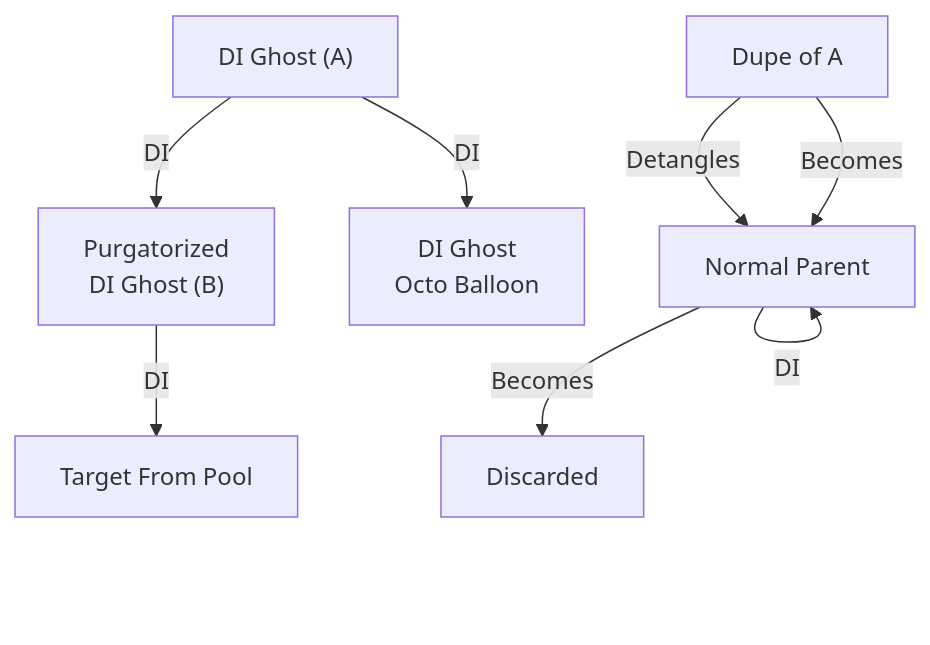
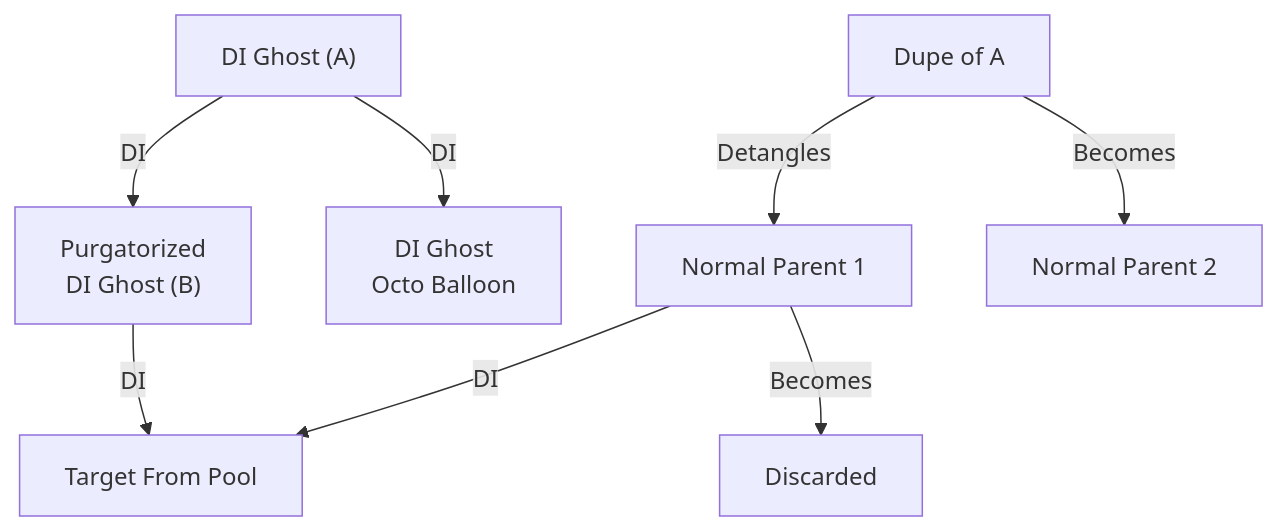
Before and after one commit to BKMzero/ultrabroken-documentation: diagram 14 of 14 in docs/wiki/glitchcraft/batch-despawn-interrupt.md, drawn with Mermaid. The commit also changed other lines of this file, not shown here.

````diff
--- a/docs/wiki/glitchcraft/batch-despawn-interrupt.md
+++ b/docs/wiki/glitchcraft/batch-despawn-interrupt.md
@@ -882,18 +929,19 @@
             ```mermaid
             graph TD
                 A["DI Ghost (A)"]
                 B["Purgatorized<br/>DI Ghost (B)"]
                 OCTO["DI Ghost<br/> Octo Balloon"]
                 C[Target From Pool]
-                D[Normal Parent]
+                D[Normal Parent 1]
                 E[Dupe of A]
                 F[Discarded]
+                G[Normal Parent 2]
 
                 A -->|DI| B
                 A -->|DI| OCTO
                 B -->|DI| C
-                D -->|DI| D
+                D -->|DI| C
                 E -->|Detangles| D
                 D -->|Becomes| F
-                E -->|Becomes| D
+                E -->|Becomes| G
             ```
````
